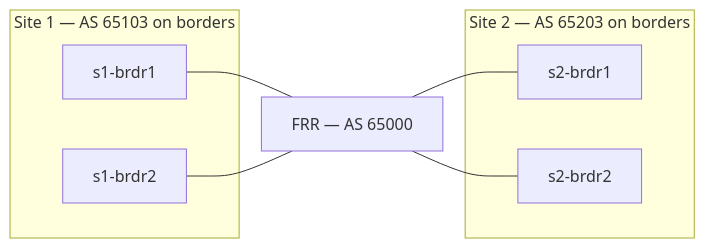
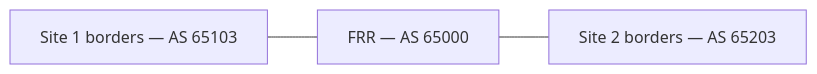
The diagram in labs/atd-automation-l3ls-dual-dc/frr-dci.md (aristanetworks/aclabs), drawn with Mermaid before and after one commit. The commit also changed other lines of this file and 13 other files, not shown here.

````diff
--- a/labs/atd-automation-l3ls-dual-dc/frr-dci.md
+++ b/labs/atd-automation-l3ls-dual-dc/frr-dci.md
@@ -8,16 +9,5 @@
 ```mermaid
 flowchart LR
-  subgraph Site1[Site 1 — AS 65103 on borders]
-    A[s1-brdr1]
-    B[s1-brdr2]
-  end
-  F[FRR — AS 65000]
-  subgraph Site2[Site 2 — AS 65203 on borders]
-    C[s2-brdr1]
-    D[s2-brdr2]
-  end
-  A --- F
-  B --- F
-  F --- C
-  F --- D
+  A[Site 1 borders — AS 65103] --- F[FRR — AS 65000]
+  F --- B[Site 2 borders — AS 65203]
 ```
````
